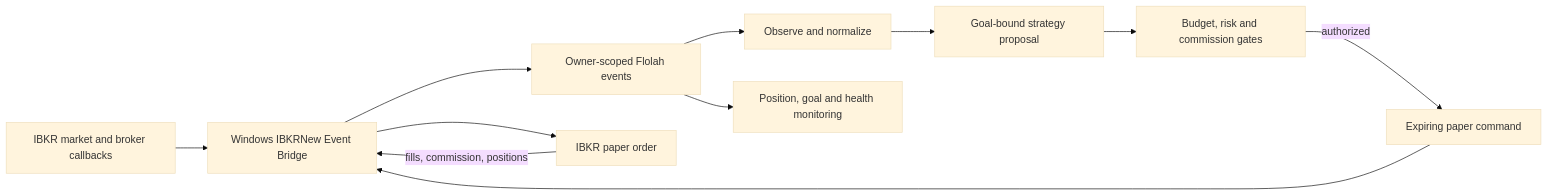
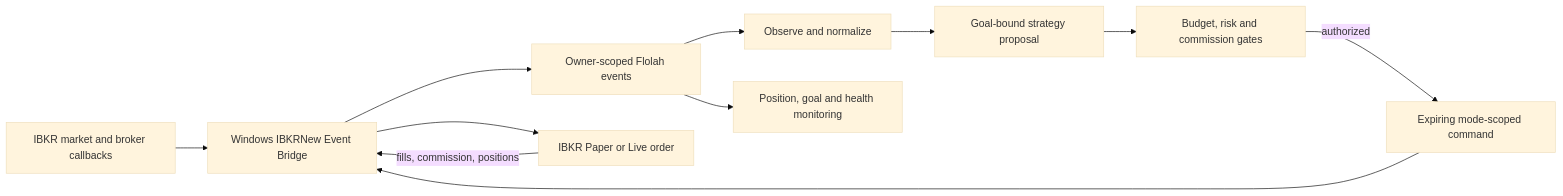
The diagram in docs-site/docs/systems/ibkrnew-event-trader.md (balaji-ranga/agent-os), drawn with Mermaid (base theme) before and after one commit. The commit also changed other lines of this file and 35 other files, not shown here.

Commit message:
feat(ibkrnew): add guarded live trading mode

````diff
--- a/docs-site/docs/systems/ibkrnew-event-trader.md
+++ b/docs-site/docs/systems/ibkrnew-event-trader.md
@@ -23,13 +23,13 @@
 ```mermaid
 flowchart LR
   Market[IBKR market and broker callbacks] --> Bridge[Windows IBKRNew Event Bridge]
   Bridge --> Events[Owner-scoped Flolah events]
   Events --> Observe[Observe and normalize]
   Observe --> Strategy[Goal-bound strategy proposal]
   Strategy --> Risk[Budget, risk and commission gates]
-  Risk -->|authorized| Command[Expiring paper command]
+  Risk -->|authorized| Command[Expiring mode-scoped command]
   Command --> Bridge
-  Bridge --> Paper[IBKR paper order]
-  Paper -->|fills, commission, positions| Bridge
+  Bridge --> Broker[IBKR Paper or Live order]
+  Broker -->|fills, commission, positions| Bridge
   Events --> Monitor[Position, goal and health monitoring]
 ```
````
